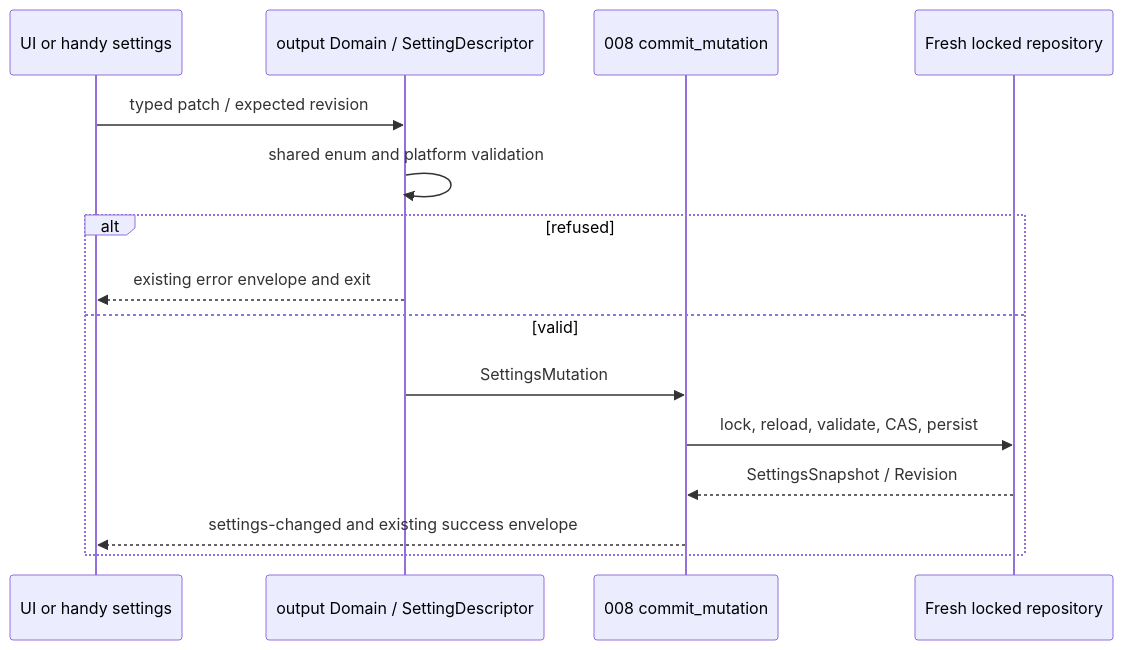
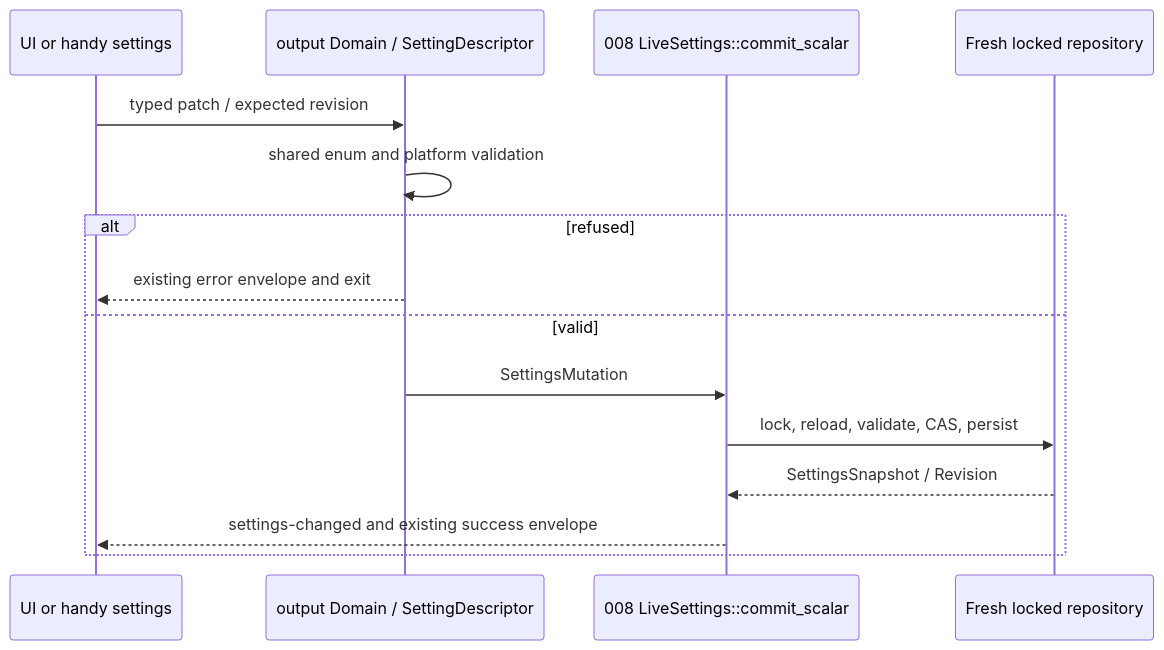
Before and after one commit to julien-m/handy: the second of 4 diagrams in .specs/features/007-smart-paste/plan.md, drawn with Mermaid. The commit also changed other lines of this file and 4 other files, not shown here.

````diff
--- a/.specs/features/007-smart-paste/plan.md
+++ b/.specs/features/007-smart-paste/plan.md
@@ -247,17 +247,17 @@
 ```mermaid
 sequenceDiagram
   participant Caller as UI or handy settings
   participant Domain as output Domain / SettingDescriptor
-  participant Service as 008 commit_mutation
+  participant Service as 008 LiveSettings::commit_scalar
   participant Repo as Fresh locked repository
   Caller->>Domain: typed patch / expected revision
   Domain->>Domain: shared enum and platform validation
   alt refused
     Domain-->>Caller: existing error envelope and exit
   else valid
     Domain->>Service: SettingsMutation
     Service->>Repo: lock, reload, validate, CAS, persist
     Repo-->>Service: SettingsSnapshot / Revision
     Service-->>Caller: settings-changed and existing success envelope
   end
 ```
````
